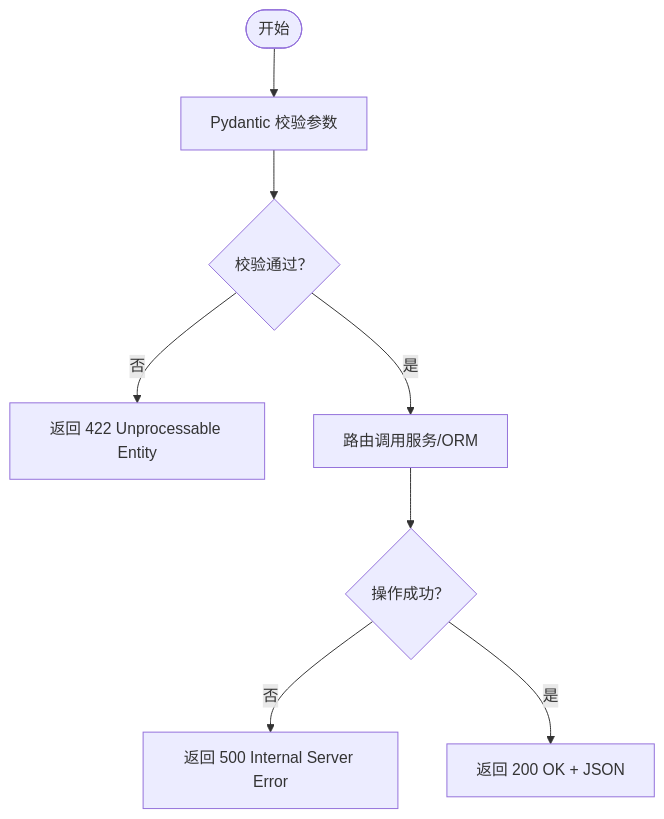
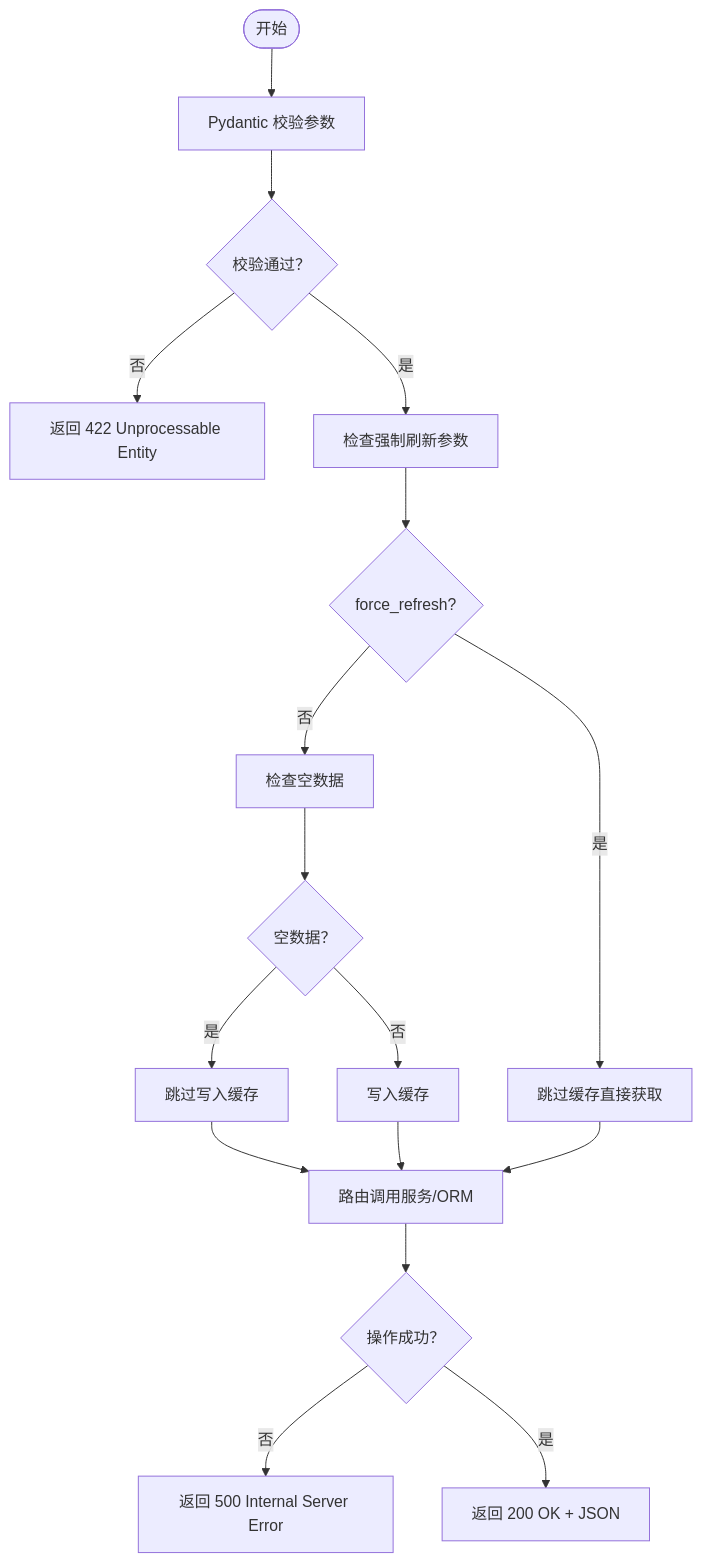
One commit to Moruime/stock_foker changed the third of 4 diagrams in .qoder/repowiki/zh/content/数据模型/数据验证规则.md. Above: the diagram before and after it, drawn with Mermaid. The commit also changed other lines of this file and 5 other files, not shown here.

````diff
--- a/.qoder/repowiki/zh/content/数据模型/数据验证规则.md
+++ b/.qoder/repowiki/zh/content/数据模型/数据验证规则.md
@@ -222,10 +270,19 @@
 ```mermaid
 flowchart TD
 Start(["开始"]) --> Validate["Pydantic 校验参数"]
 Validate --> Valid{"校验通过？"}
 Valid --> |否| Return422["返回 422 Unprocessable Entity"]
-Valid --> |是| RouteCall["路由调用服务/ORM"]
+Valid --> |是| CheckForce["检查强制刷新参数"]
+CheckForce --> Force{"force_refresh?"}
+Force --> |是| SkipCache["跳过缓存直接获取"]
+Force --> |否| CheckEmpty["检查空数据"]
+CheckEmpty --> Empty{"空数据？"}
+Empty --> |是| SkipWrite["跳过写入缓存"]
+Empty --> |否| WriteCache["写入缓存"]
+SkipWrite --> RouteCall["路由调用服务/ORM"]
+WriteCache --> RouteCall
+SkipCache --> RouteCall
 RouteCall --> OpOK{"操作成功？"}
 OpOK --> |否| Return500["返回 500 Internal Server Error"]
 OpOK --> |是| Return200["返回 200 OK + JSON"]
 ```
````
